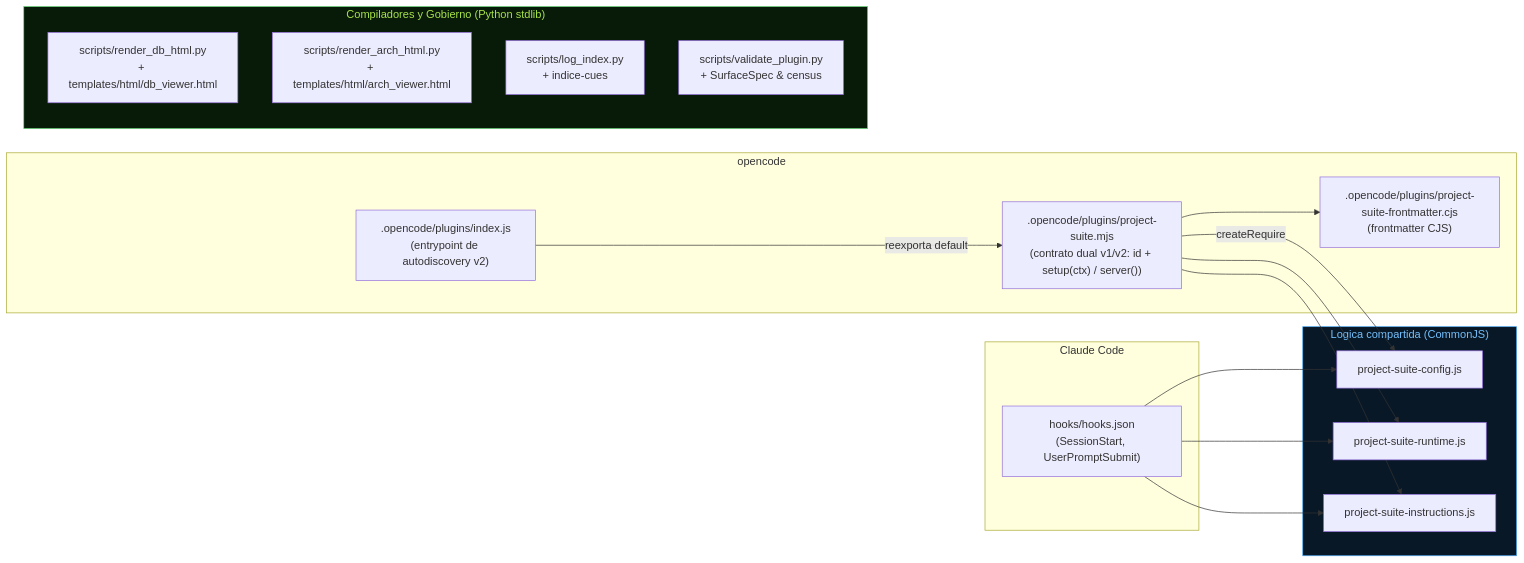
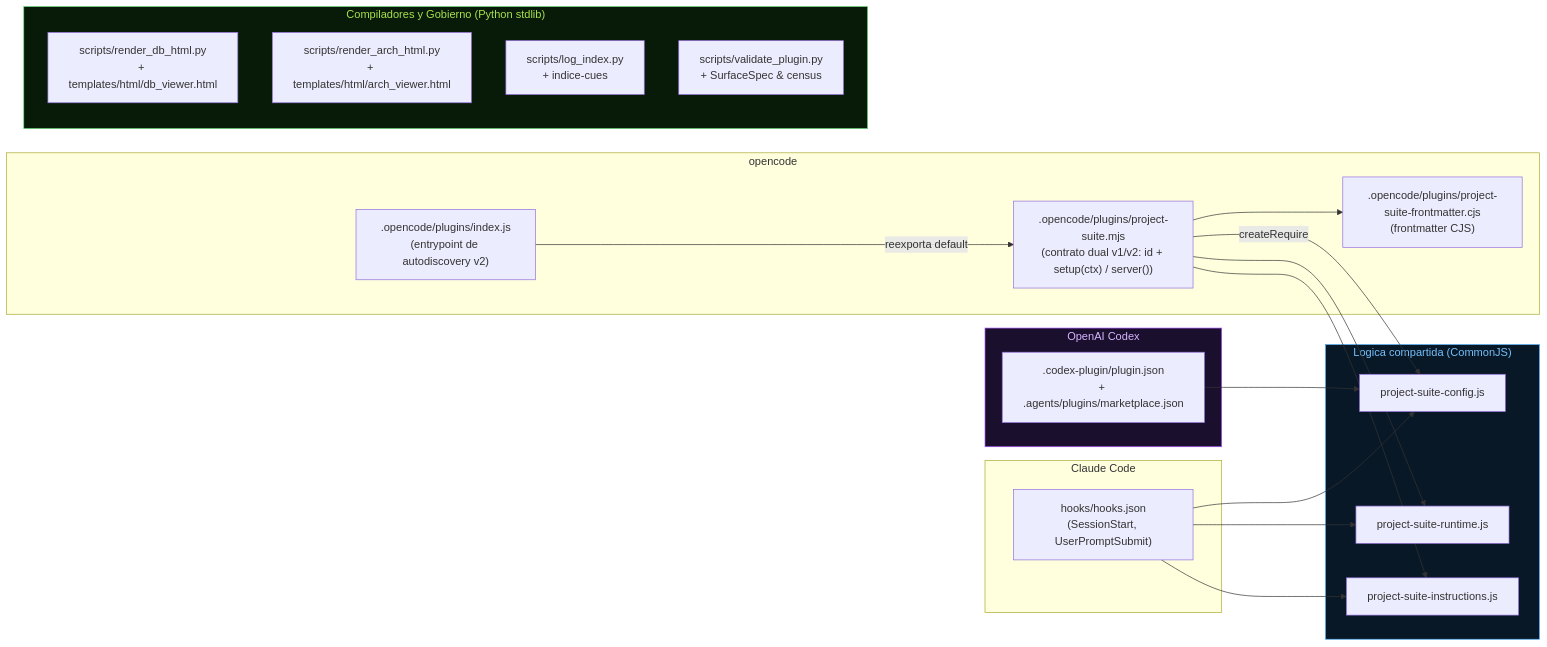
One commit to AlexPrietoRomani/project-suite changed the second of 6 diagrams in docs/architecture/architecture.md. Above: the diagram before and after it, drawn with Mermaid. The commit also changed other lines of this file and 40 other files, not shown here.

````diff
--- a/docs/architecture/architecture.md
+++ b/docs/architecture/architecture.md
@@ -42,34 +42,39 @@
 ```mermaid
 flowchart LR
     subgraph CC["Claude Code"]
         HOOKSCC["hooks/hooks.json\n(SessionStart, UserPromptSubmit)"]
     end
     subgraph OC["opencode"]
         BRIDGE[".opencode/plugins/project-suite.mjs\n(contrato dual v1/v2: id + setup(ctx) / server())"]
         DISC[".opencode/plugins/index.js\n(entrypoint de autodiscovery v2)"]
         PARSER[".opencode/plugins/project-suite-frontmatter.cjs\n(frontmatter CJS)"]
+    end
+    subgraph CDX["OpenAI Codex"]
+        CODEXPLUG[".codex-plugin/plugin.json\n+ .agents/plugins/marketplace.json"]
     end
     subgraph SHARED["Logica compartida (CommonJS)"]
         CFG["project-suite-config.js"]
         RT["project-suite-runtime.js"]
         INSTR["project-suite-instructions.js"]
     end
     subgraph COMP["Compiladores y Gobierno (Python stdlib)"]
         RDB["scripts/render_db_html.py\n+ templates/html/db_viewer.html"]
         RARCH["scripts/render_arch_html.py\n+ templates/html/arch_viewer.html"]
         LIDX["scripts/log_index.py\n+ indice-cues"]
         VAL["scripts/validate_plugin.py\n+ SurfaceSpec & census"]
     end
 
     HOOKSCC --> CFG
     HOOKSCC --> RT
     HOOKSCC --> INSTR
     BRIDGE -->|"createRequire"| CFG
     BRIDGE --> RT
     BRIDGE --> INSTR
     BRIDGE --> PARSER
     DISC -->|"reexporta default"| BRIDGE
+    CODEXPLUG --> CFG
 
     style SHARED fill:#091827,stroke:#4dabf7,color:#74c0fc
     style COMP fill:#081a08,stroke:#69db7c,color:#a9e34b
+    style CDX fill:#1a102e,stroke:#a855f7,color:#d8b4fe
 ```
````
